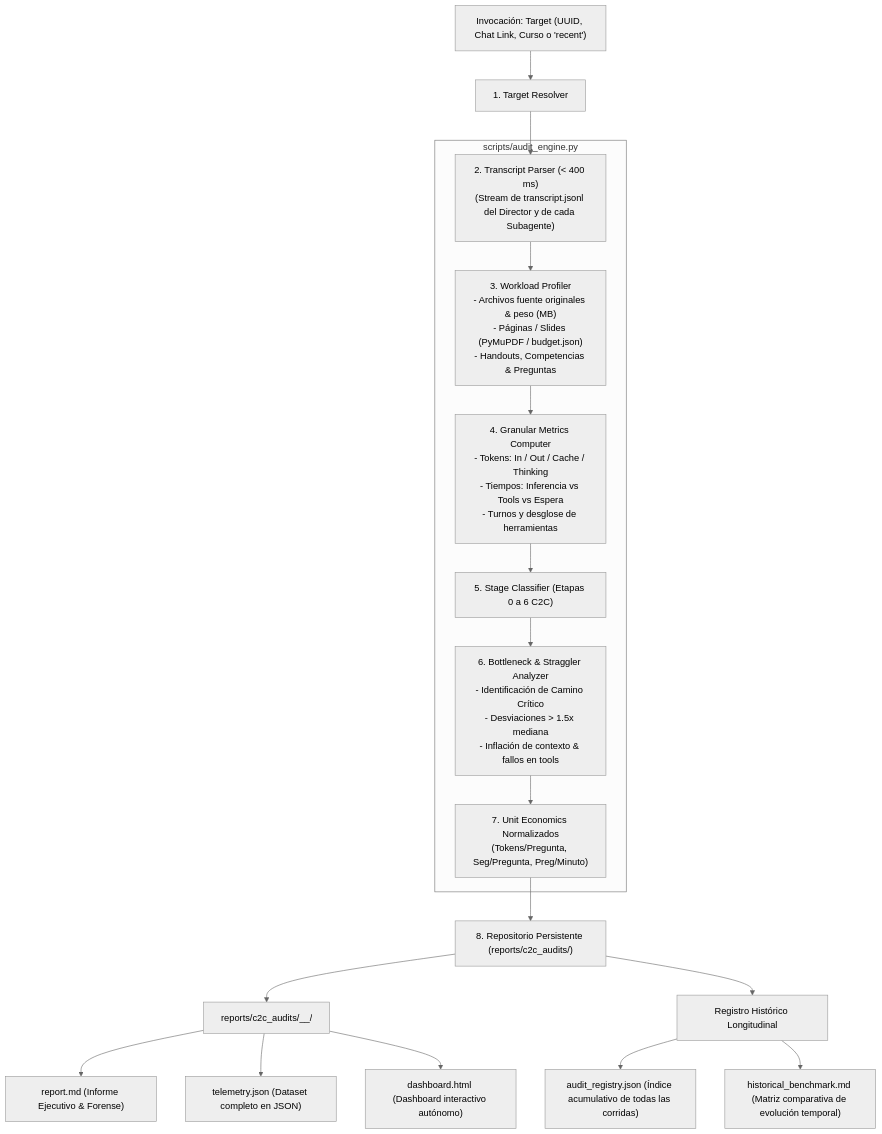
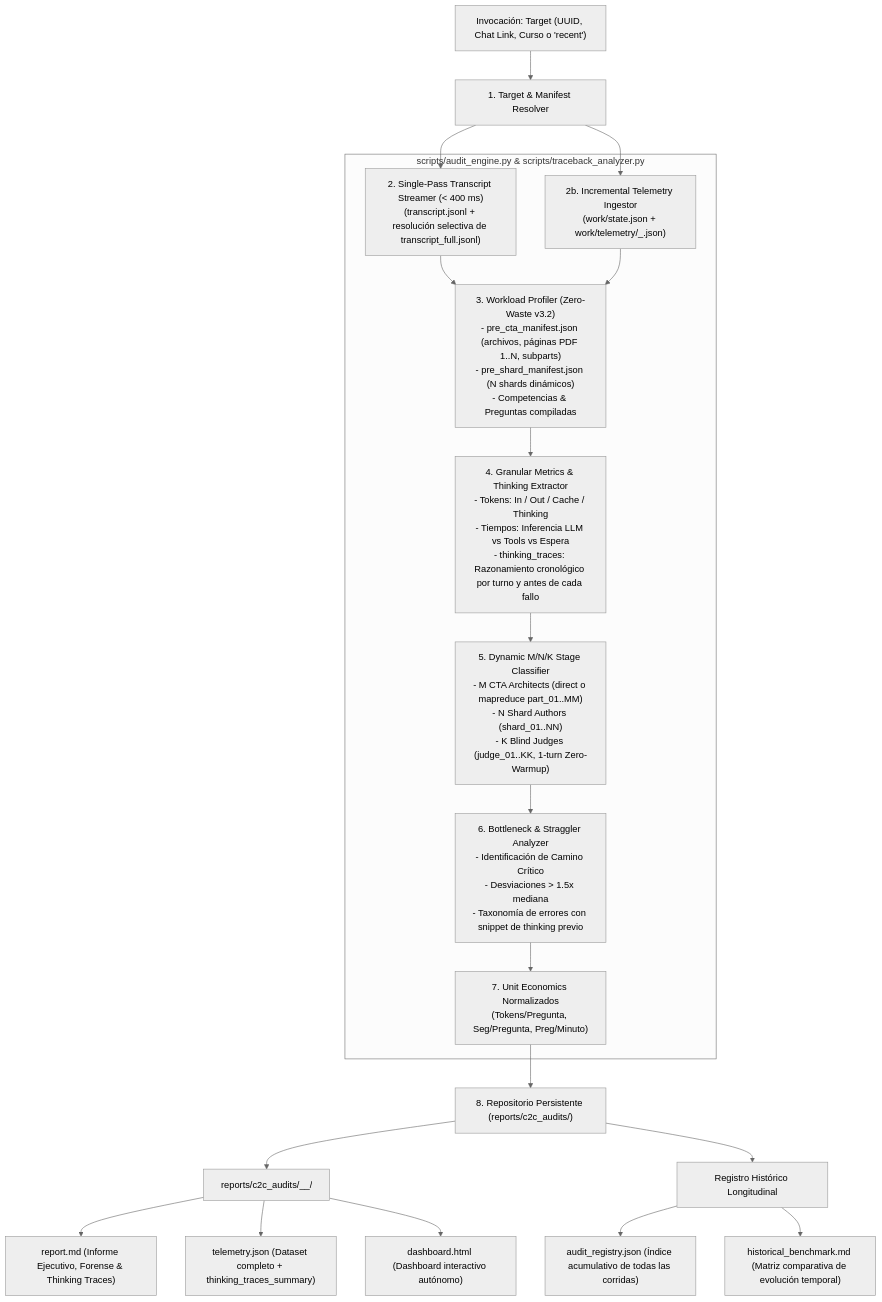
The diagram in .agents/skills/c2c-run-auditor/SKILL.md (aguerta/Tops_academy), drawn with Mermaid (neutral theme) before and after one commit. The commit also changed other lines of this file and 1 other file, not shown here.

Commit message:
docs(c2c-run-auditor): update SKILL.md and unified_audit_engine.py for C2C v3.2 telemetry and thinking_traces

````diff
--- a/.agents/skills/c2c-run-auditor/SKILL.md
+++ b/.agents/skills/c2c-run-auditor/SKILL.md
@@ -62,23 +62,25 @@
 ```mermaid
 flowchart TD
-    User["Invocación: Target (UUID, Chat Link, Curso o 'recent')"] --> Resolver["1. Target Resolver"]
-    Resolver --> Parser["2. Transcript Parser (< 400 ms)\n(Stream de transcript.jsonl del Director y de cada Subagente)"]
+    User["Invocación: Target (UUID, Chat Link, Curso o 'recent')"] --> Resolver["1. Target & Manifest Resolver"]
+    Resolver --> Streamer["2. Single-Pass Transcript Streamer (< 400 ms)\n(transcript.jsonl + resolución selectiva de transcript_full.jsonl)"]
+    Resolver --> IncTel["2b. Incremental Telemetry Ingestor\n(work/state.json + work/telemetry/<idx>_<stage>.json)"]
     
-    subgraph Engine ["scripts/audit_engine.py"]
-        Parser --> Workload["3. Workload Profiler\n- Archivos fuente originales & peso (MB)\n- Páginas / Slides (PyMuPDF / budget.json)\n- Handouts, Competencias & Preguntas"]
-        Workload --> Metrics["4. Granular Metrics Computer\n- Tokens: In / Out / Cache / Thinking\n- Tiempos: Inferencia vs Tools vs Espera\n- Turnos y desglose de herramientas"]
-        Metrics --> Stages["5. Stage Classifier (Etapas 0 a 6 C2C)"]
-        Stages --> Bottlenecks["6. Bottleneck & Straggler Analyzer\n- Identificación de Camino Crítico\n- Desviaciones > 1.5x mediana\n- Inflación de contexto & fallos en tools"]
+    subgraph Engine ["scripts/audit_engine.py & scripts/traceback_analyzer.py"]
+        Streamer --> Workload["3. Workload Profiler (Zero-Waste v3.2)\n- pre_cta_manifest.json (archivos, páginas PDF 1..N, subparts)\n- pre_shard_manifest.json (N shards dinámicos)\n- Competencias & Preguntas compiladas"]
+        IncTel --> Workload
+        Workload --> Metrics["4. Granular Metrics & Thinking Extractor\n- Tokens: In / Out / Cache / Thinking\n- Tiempos: Inferencia LLM vs Tools vs Espera\n- thinking_traces: Razonamiento cronológico por turno y antes de cada fallo"]
+        Metrics --> Stages["5. Dynamic M/N/K Stage Classifier\n- M CTA Architects (direct o mapreduce part_01..MM)\n- N Shard Authors (shard_01..NN)\n- K Blind Judges (judge_01..KK, 1-turn Zero-Warmup)"]
+        Stages --> Bottlenecks["6. Bottleneck & Straggler Analyzer\n- Identificación de Camino Crítico\n- Desviaciones > 1.5x mediana\n- Taxonomía de errores con snippet de thinking previo"]
         Bottlenecks --> UnitEcon["7. Unit Economics Normalizados\n(Tokens/Pregunta, Seg/Pregunta, Preg/Minuto)"]
     end
     
     UnitEcon --> Persistence["8. Repositorio Persistente (reports/c2c_audits/)"]
     Persistence --> RunDir["reports/c2c_audits/<timestamp>_<course>_<id>/"]
-    RunDir --> RepMD["report.md (Informe Ejecutivo & Forense)"]
-    RunDir --> TelJSON["telemetry.json (Dataset completo en JSON)"]
+    RunDir --> RepMD["report.md (Informe Ejecutivo, Forense & Thinking Traces)"]
+    RunDir --> TelJSON["telemetry.json (Dataset completo + thinking_traces_summary)"]
     RunDir --> DashHTML["dashboard.html (Dashboard interactivo autónomo)"]
     
     Persistence --> Registry["Registro Histórico Longitudinal"]
     Registry --> RegJSON["audit_registry.json (Índice acumulativo de todas las corridas)"]
     Registry --> BenchMD["historical_benchmark.md (Matriz comparativa de evolución temporal)"]
 ```
````
